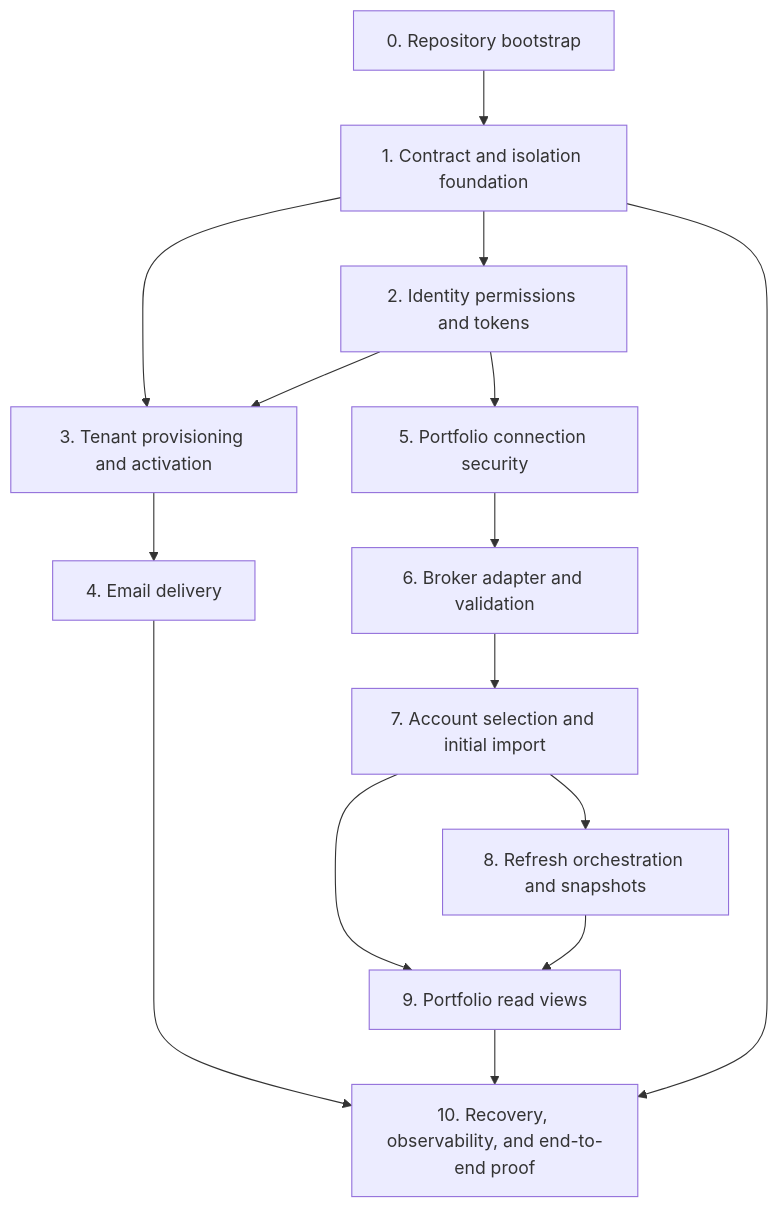
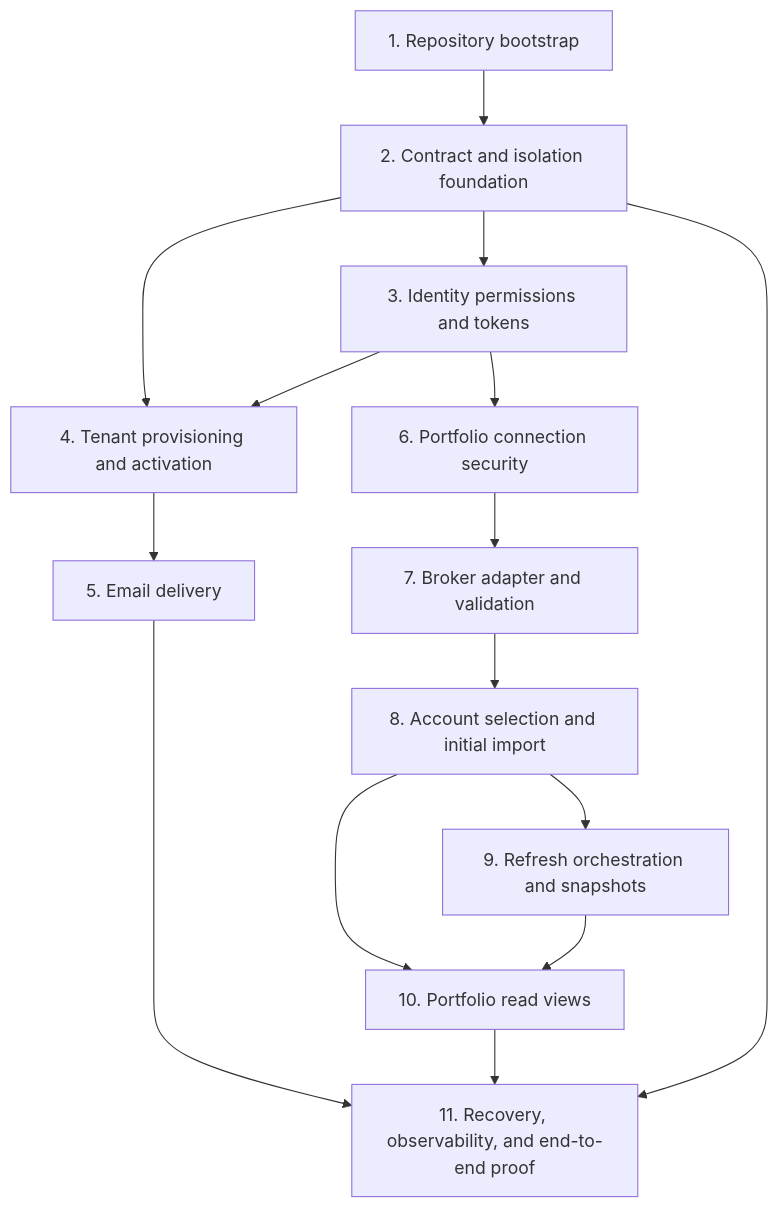
Before and after one commit to vineralex/InvestorAI_V1: the diagram in knowledge/vertical-slices/portfolio-foundation/implementation-and-readiness.md, drawn with Mermaid. The commit also changed other lines of this file and 4 other files, not shown here.

````diff
--- a/knowledge/vertical-slices/portfolio-foundation/implementation-and-readiness.md
+++ b/knowledge/vertical-slices/portfolio-foundation/implementation-and-readiness.md
@@ -418,29 +429,29 @@
 ```mermaid
 flowchart TD
-    Z[0. Repository bootstrap]
-    A[1. Contract and isolation foundation]
-    B[2. Identity permissions and tokens]
-    C[3. Tenant provisioning and activation]
-    D[4. Email delivery]
-    E[5. Portfolio connection security]
-    F[6. Broker adapter and validation]
-    G[7. Account selection and initial import]
-    H[8. Refresh orchestration and snapshots]
-    I[9. Portfolio read views]
-    J[10. Recovery, observability, and end-to-end proof]
+    Z[1. Repository bootstrap]
+    A[2. Contract and isolation foundation]
+    B[3. Identity permissions and tokens]
+    C[4. Tenant provisioning and activation]
+    D[5. Email delivery]
+    E[6. Portfolio connection security]
+    F[7. Broker adapter and validation]
+    G[8. Account selection and initial import]
+    H[9. Refresh orchestration and snapshots]
+    I[10. Portfolio read views]
+    J[11. Recovery, observability, and end-to-end proof]
 
     Z --> A
     A --> B
     A --> C
     B --> C
     C --> D
     B --> E
     E --> F
     F --> G
     G --> H
     G --> I
     H --> I
     D --> J
     I --> J
     A --> J
 ```
````
